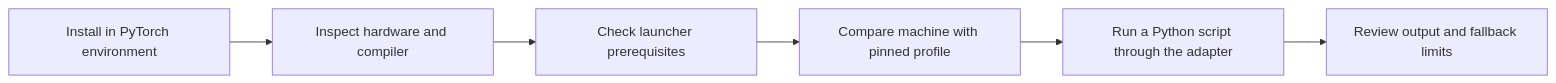
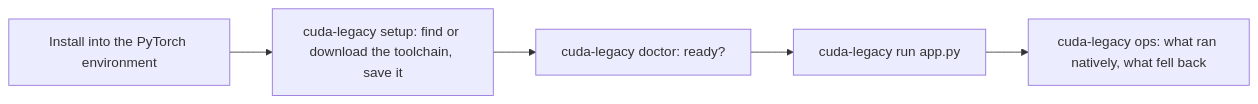
The diagram in docs/user-guide.md (zachshallbetter/cuda-compatibility), drawn with Mermaid before and after one commit. The commit also changed other lines of this file and 28 other files, not shown here.

````diff
--- a/docs/user-guide.md
+++ b/docs/user-guide.md
@@ -27,8 +49,7 @@
 ```mermaid
 flowchart LR
-    Install[Install in PyTorch environment] --> Inspect[Inspect hardware and compiler]
-    Inspect --> Doctor[Check launcher prerequisites]
-    Doctor --> Audit[Compare machine with pinned profile]
-    Audit --> Run[Run a Python script through the adapter]
-    Run --> Result[Review output and fallback limits]
+    Install[Install into the PyTorch environment] --> Setup[cuda-legacy setup: find or download the toolchain, save it]
+    Setup --> Doctor[cuda-legacy doctor: ready?]
+    Doctor --> Run[cuda-legacy run app.py]
+    Run --> Ops[cuda-legacy ops: what ran natively, what fell back]
 ```
````
